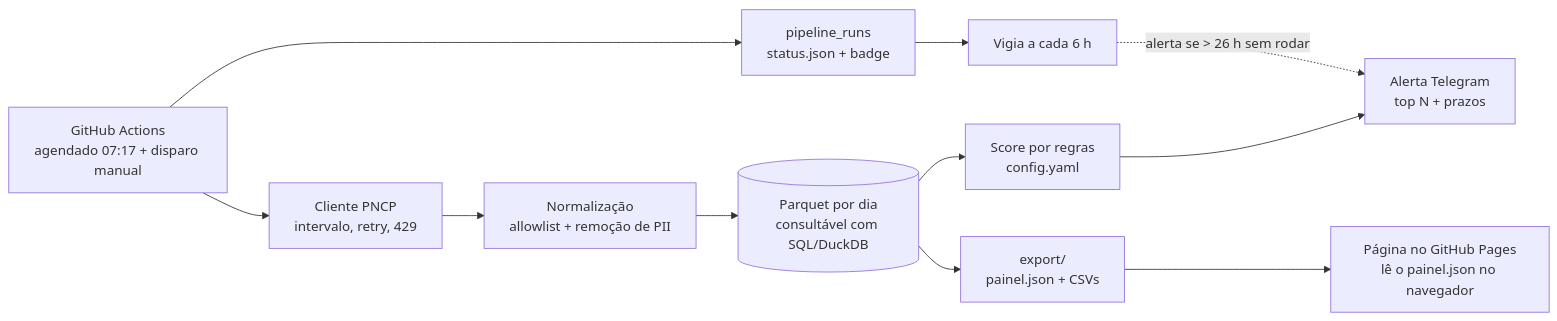
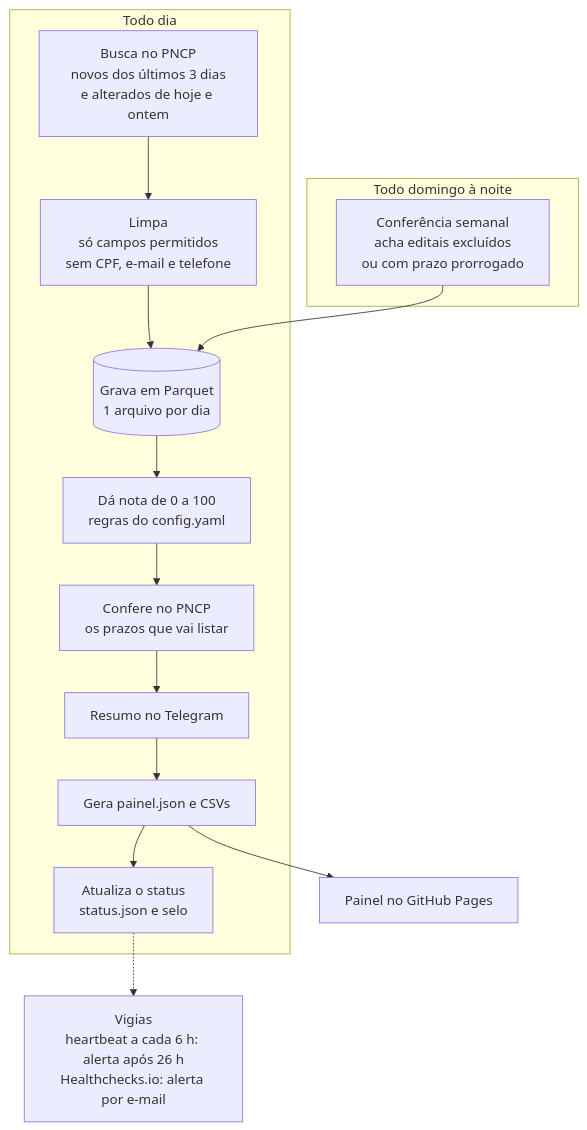
One commit to victor-ozores/Radar-PNCP changed the second of 2 diagrams in README.md. Above: the diagram before and after it, drawn with Mermaid. The commit also changed other lines of this file and 5 other files, not shown here.

First line of the commit message:
docs: README em duas camadas, com o técnico e os problemas em seções que abrem

````diff
--- a/README.md
+++ b/README.md
@@ -34,13 +92,17 @@
 ```mermaid
-flowchart LR
-    A[GitHub Actions<br/>agendado 07:17 + disparo manual] --> B[Cliente PNCP<br/>intervalo, retry, 429]
-    B --> C[Normalização<br/>allowlist + remoção de PII]
-    C --> D[(Parquet por dia<br/>consultável com SQL/DuckDB)]
-    D --> E[Score por regras<br/>config.yaml]
-    E --> F[Alerta Telegram<br/>top N + prazos]
-    D --> G[export/<br/>painel.json + CSVs]
-    G --> J[Página no GitHub Pages<br/>lê o painel.json no navegador]
-    A --> H[pipeline_runs<br/>status.json + badge]
-    I[Vigia a cada 6 h] -. alerta se > 26 h sem rodar .-> F
-    H --> I
+flowchart TD
+    subgraph dia["Todo dia"]
+        A["Busca no PNCP<br/>novos dos últimos 3 dias<br/>e alterados de hoje e ontem"] --> B["Limpa<br/>só campos permitidos<br/>sem CPF, e-mail e telefone"]
+        B --> C[("Grava em Parquet<br/>1 arquivo por dia")]
+        C --> D["Dá nota de 0 a 100<br/>regras do config.yaml"]
+        D --> E["Confere no PNCP<br/>os prazos que vai listar"]
+        E --> F["Resumo no Telegram"]
+        F --> G["Gera painel.json e CSVs"]
+        G --> R["Atualiza o status<br/>status.json e selo"]
+    end
+    subgraph dom["Todo domingo à noite"]
+        S["Conferência semanal<br/>acha editais excluídos<br/>ou com prazo prorrogado"] --> C
+    end
+    G --> H["Painel no GitHub Pages"]
+    R -.-> I["Vigias<br/>heartbeat a cada 6 h: alerta após 26 h<br/>Healthchecks.io: alerta por e-mail"]
 ```
````
